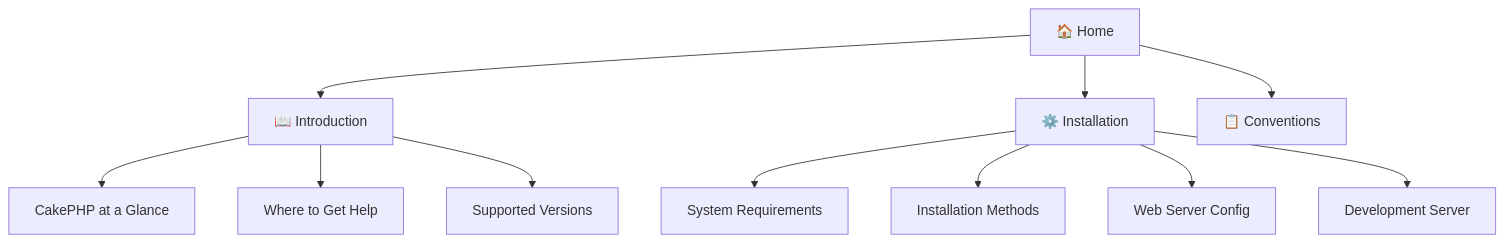
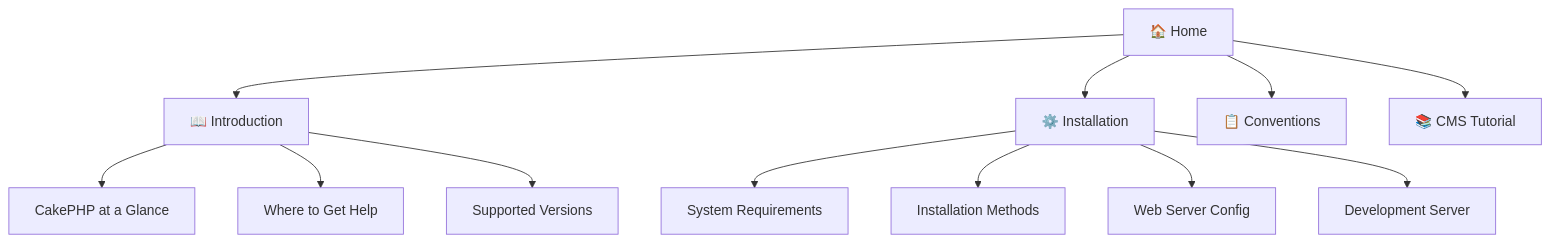
One commit to abhayraj-ops/Cake-Learn changed the first of 2 diagrams in docs/index.md. Above: the diagram before and after it, drawn with Mermaid. The commit also changed other lines of this file and 4 other files, not shown here.

First line of the commit message:
feat: add CMS tutorial page

````diff
--- a/docs/index.md
+++ b/docs/index.md
@@ -19,15 +19,16 @@
 ```mermaid
 graph TB
     A[🏠 Home] --> B[📖 Introduction]
     A --> C[⚙️ Installation]
     A --> D[📋 Conventions]
+    A --> E[📚 CMS Tutorial]
 
     B --> B1[CakePHP at a Glance]
     B --> B2[Where to Get Help]
     B --> B3[Supported Versions]
 
     C --> C1[System Requirements]
     C --> C2[Installation Methods]
     C --> C3[Web Server Config]
     C --> C4[Development Server]
 ```
````
